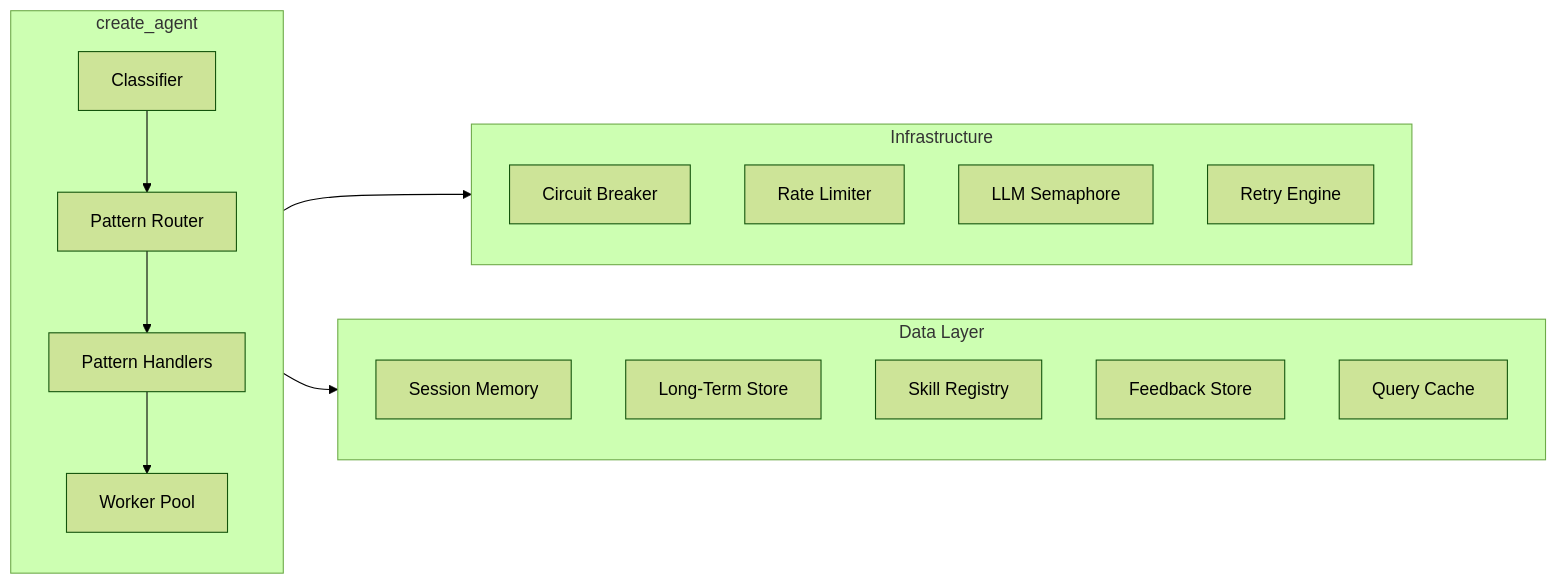
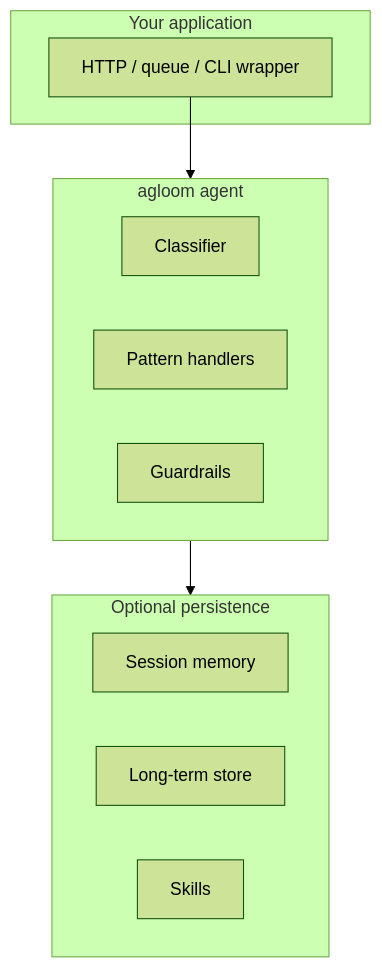
One commit to HELLOMEDHIRA/agloom changed the second of 2 diagrams in agloom/docs/concepts/how-it-works.md. Above: the diagram before and after it, drawn with Mermaid (forest theme). The commit also changed other lines of this file and 131 other files, not shown here.

````diff
--- a/agloom/docs/concepts/how-it-works.md
+++ b/agloom/docs/concepts/how-it-works.md
@@ -91,29 +94,21 @@
 ```mermaid
-graph LR
-    subgraph CA["create_agent"]
-        direction TB
-        A[Classifier] --> B[Pattern Router]
-        B --> C[Pattern Handlers]
-        C --> D[Worker Pool]
+graph TB
+    subgraph app["Your application"]
+        API[HTTP / queue / CLI wrapper]
     end
 
-    subgraph INFRA["Infrastructure"]
-        direction TB
-        E[Circuit Breaker]
-        F[Rate Limiter]
-        G[LLM Semaphore]
-        H[Retry Engine]
+    subgraph agloom["agloom agent"]
+        CL[Classifier]
+        PH[Pattern handlers]
+        GU[Guardrails]
     end
 
-    subgraph DATA["Data Layer"]
-        direction TB
-        I[Session Memory]
-        J[Long-Term Store]
-        K[Skill Registry]
-        L[Feedback Store]
-        M[Query Cache]
+    subgraph data["Optional persistence"]
+        SM[Session memory]
+        LT[Long-term store]
+        SK[Skills]
     end
 
-    CA --> INFRA
-    CA --> DATA
+    API --> agloom
+    agloom --> data
 ```
````
